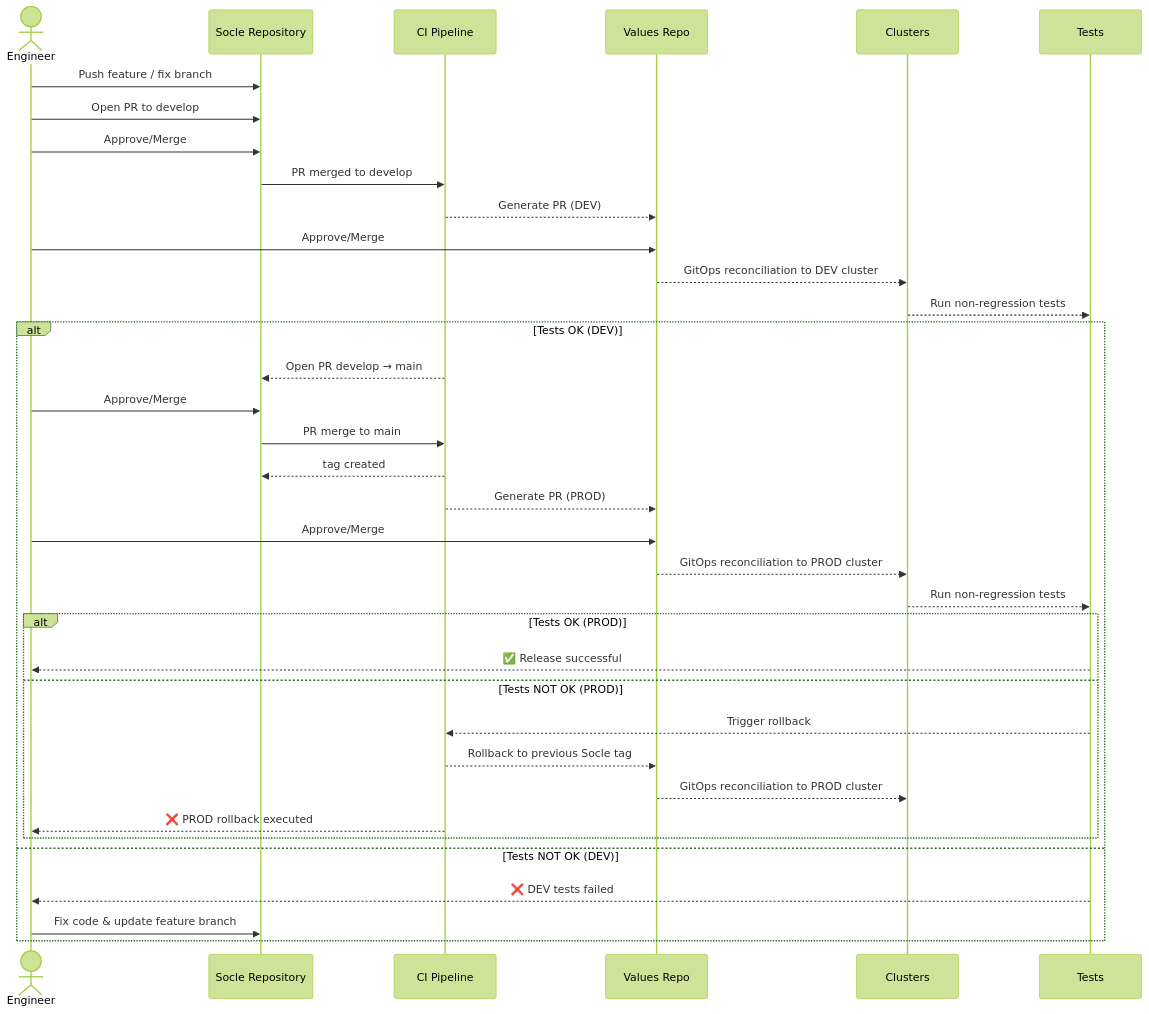
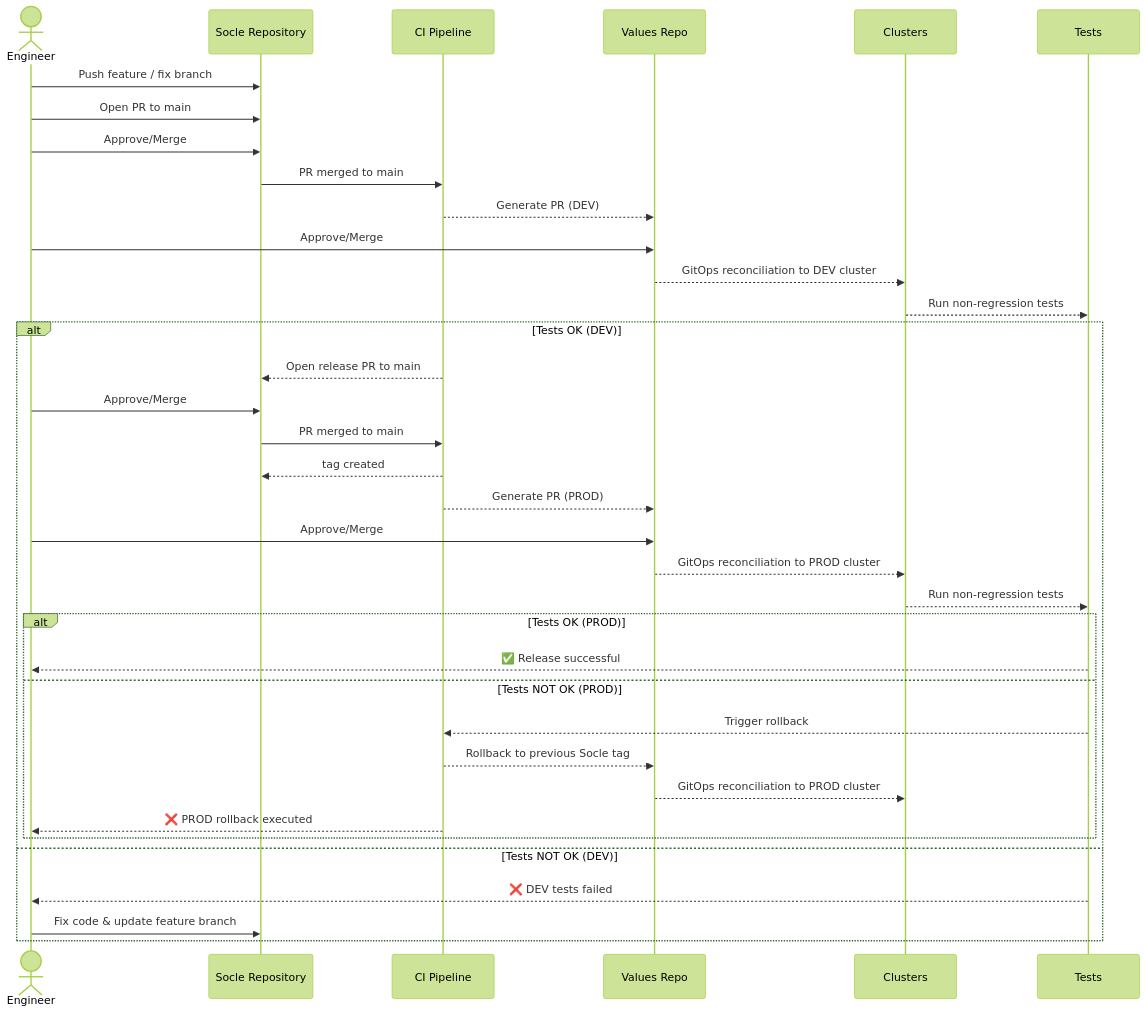
One commit to Falltrades/engineering changed the diagram in docs/cloudPiNative/misc/mermaid.md. Above: the diagram before and after it, drawn with Mermaid (forest theme). The commit also changed 1 other file, not shown here.

Commit message:
chore: :broom: update workflow diagram

````diff
--- a/docs/cloudPiNative/misc/mermaid.md
+++ b/docs/cloudPiNative/misc/mermaid.md
@@ -1,45 +1,45 @@
 ```mermaid
 sequenceDiagram
     actor Dev as Engineer
     participant Socle as Socle Repository
     participant CI as CI Pipeline
     participant Values as Values Repo
     participant Clusters as Clusters
     participant Tests as Tests
 
     %% Manual actions
     Dev->>Socle: Push feature / fix branch
-    Dev->>Socle: Open PR to develop
+    Dev->>Socle: Open PR to main
     Dev->>Socle: Approve/Merge
-    Socle->>CI: PR merged to develop
+    Socle->>CI: PR merged to main
 
     %% Automatic actions
     CI-->>Values: Generate PR (DEV)
     Dev->>Values: Approve/Merge
     Values-->>Clusters: GitOps reconciliation to DEV cluster
     Clusters-->>Tests: Run non-regression tests
 
     alt Tests OK (DEV)
-        CI-->>Socle: Open PR develop → main
+        CI-->>Socle: Open release PR to main
         Dev->>Socle: Approve/Merge
-        Socle->>CI: PR merge to main
+        Socle->>CI: PR merged to main
         CI-->>Socle: tag created
         CI-->>Values: Generate PR (PROD)
         Dev->>Values: Approve/Merge
         Values-->>Clusters: GitOps reconciliation to PROD cluster
         Clusters-->>Tests: Run non-regression tests
 
         alt Tests OK (PROD)
             Tests-->>Dev: ✅ Release successful
         else Tests NOT OK (PROD)
             Tests-->>CI: Trigger rollback
             CI-->>Values: Rollback to previous Socle tag
             Values-->>Clusters: GitOps reconciliation to PROD cluster
             CI-->>Dev: ❌ PROD rollback executed
         end
 
     else Tests NOT OK (DEV)
         Tests-->>Dev: ❌ DEV tests failed
         Dev->>Socle: Fix code & update feature branch
     end
 ```
````
